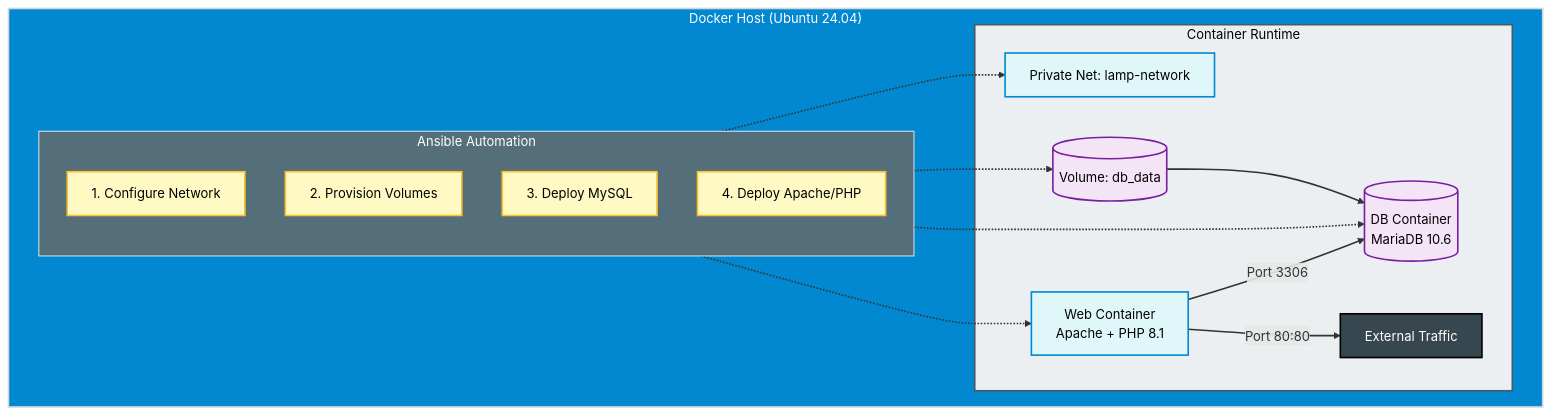
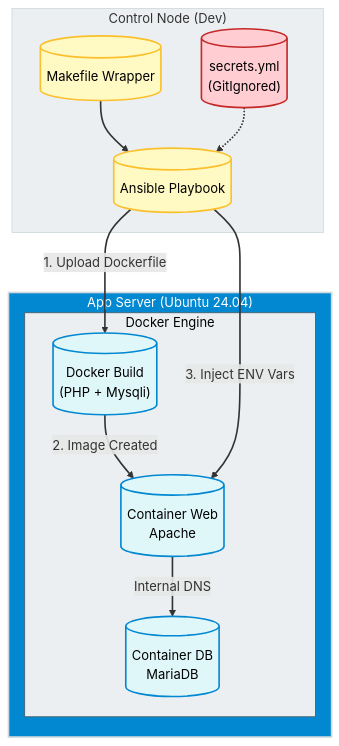
Before and after one commit to daniel-zamo/daniel-zamo.github.io: the diagram in src/content/docs/en/projects/middleware/lamp-ansible-docker.mdx, drawn with Mermaid. The commit also changed other lines of this file and 1 other file, not shown here.

Commit message:
lamp-ansible-docker.mdx with deploy with make

````diff
--- a/src/content/docs/en/projects/middleware/lamp-ansible-docker.mdx
+++ b/src/content/docs/en/projects/middleware/lamp-ansible-docker.mdx
@@ -29,55 +29,36 @@
 ```mermaid
 graph TD
-    %% --- Style Definitions (High Contrast Palette) ---
-    %% Ansible: Soft yellow fill, orange border, BLACK TEXT
+    %% --- Style Definitions ---
     classDef ansibleNode fill:#fff9c4,stroke:#fbc02d,stroke-width:2px,color:#000000;
-    
-    %% Docker General: Soft cyan fill, blue border, BLACK TEXT
     classDef dockerNode fill:#e0f7fa,stroke:#0288d1,stroke-width:2px,color:#000000;
-    
-    %% DB/Volume: Soft purple fill, violet border, BLACK TEXT
-    classDef dbNode fill:#f3e5f5,stroke:#7b1fa2,stroke-width:2px,color:#000000;
-    
-    %% External: Dark fill, black border, WHITE TEXT
-    classDef extNode fill:#37474f,stroke:#000000,stroke-width:2px,color:#ffffff;
+    classDef secretNode fill:#ffcdd2,stroke:#c62828,stroke-width:2px,color:#000000;
 
-    subgraph Host ["Docker Host (Ubuntu 24.04)"]
-        %% Force subgraph style for Dark Mode compatibility
-        style Host fill:#0288d1,stroke:#cfd8dc,stroke-width:2px,color:#ffffff
+    subgraph Control_Node ["Control Node (Dev)"]
+        style Control_Node fill:#eceff1,stroke:#cfd8dc
+        Make[("Makefile Wrapper")]:::ansibleNode
+        Ansible[("Ansible Playbook")]:::ansibleNode
+        Secrets[("secrets.yml<br/>(GitIgnored)")]:::secretNode
+        
+        Make --> Ansible
+        Secrets -.-> Ansible
+    end
 
-        subgraph Ansible_Playbook ["Ansible Automation"]
-            style Ansible_Playbook fill:#546e7a,stroke:#fff,stroke-width:1px,color:#fff
-            direction TB
+    subgraph Remote_Host ["App Server (Ubuntu 24.04)"]
+        style Remote_Host fill:#0288d1,stroke:#cfd8dc,stroke-width:2px,color:#ffffff
+        
+        subgraph Docker_Runtime ["Docker Engine"]
+            style Docker_Runtime fill:#eceff1,stroke:#455a64,color:#000000
             
-            %% Applying 'ansibleNode' class
-            Task1["1. Configure Network"]:::ansibleNode
-            Task2["2. Provision Volumes"]:::ansibleNode
-            Task3["3. Deploy MySQL"]:::ansibleNode
-            Task4["4. Deploy Apache/PHP"]:::ansibleNode
-        end
-
-        subgraph Docker_Runtime ["Container Runtime"]
-            style Docker_Runtime fill:#eceff1,stroke:#455a64,stroke-width:2px,color:#000000
+            Build[("Docker Build<br/>(PHP + Mysqli)")]:::dockerNode
+            App[("Container Web<br/>Apache")]:::dockerNode
+            DB[("Container DB<br/>MariaDB")]:::dockerNode
             
-            %% Applying specific classes
-            Net["Private Net: lamp-network"]:::dockerNode
-            
-            DB[("DB Container<br/>MariaDB 10.6")]:::dbNode
-            Web["Web Container<br/>Apache + PHP 8.1"]:::dockerNode
-            Ext["External Traffic"]:::extNode
-            
-            Vol1[("Volume: db_data")]:::dbNode --> DB
-            
-            Web -- "Port 3306" --> DB
-            Web -- "Port 80:80" --> Ext
-            
-            Task1 -.-> Net
-            Task2 -.-> Vol1
-            Task3 -.-> DB
-            Task4 -.-> Web
+            Ansible -- "1. Upload Dockerfile" --> Build
+            Build -- "2. Image Created" --> App
+            Ansible -- "3. Inject ENV Vars" --> App
+            App -- "Internal DNS" --> DB
         end
     end
     
-    %% --- Thicken all lines ---
     linkStyle default stroke:#333,stroke-width:2px,fill:none;
 ```
````
